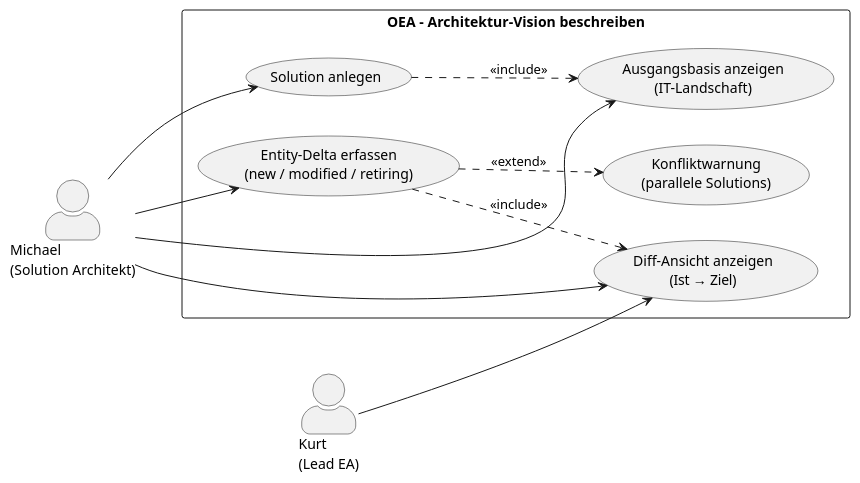
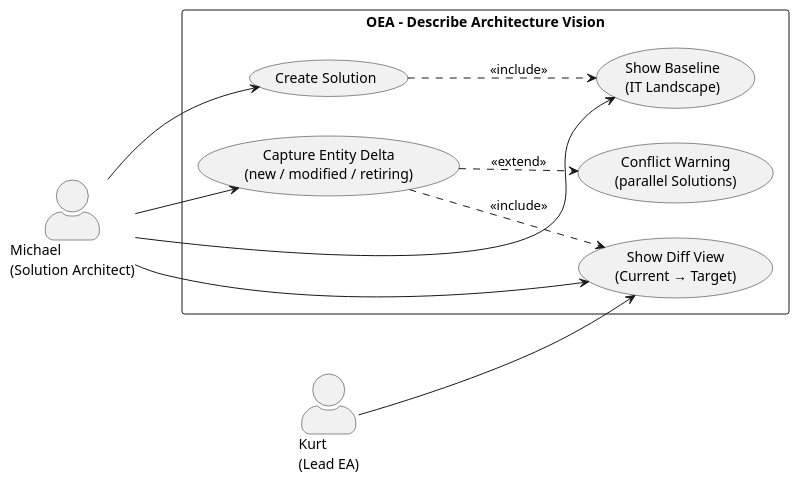
Before and after one commit to open-enterprise-architecture/OEA: the diagram in requirements/use-cases/UC-05-describe-architecture-vision.md, drawn with PlantUML. The commit also changed other lines of this file and 630 other files, not shown here.

````diff
--- a/requirements/use-cases/UC-05-describe-architecture-vision.md
+++ b/requirements/use-cases/UC-05-describe-architecture-vision.md
@@ -34,27 +34,27 @@
 ```plantuml
 @startuml UC-05-Solution
 left to right direction
 skinparam actorStyle awesome
 
-actor "Michael\n(Solution Architekt)" as Michael
+actor "Michael\n(Solution Architect)" as Michael
 actor "Kurt\n(Lead EA)" as Kurt
 
-rectangle "OEA – Architektur-Vision beschreiben" {
-  usecase "Solution anlegen" as UC_Create
-  usecase "Ausgangsbasis anzeigen\n(IT-Landschaft)" as UC_Base
-  usecase "Entity-Delta erfassen\n(new / modified / retiring)" as UC_Delta
-  usecase "Diff-Ansicht anzeigen\n(Ist → Ziel)" as UC_Diff
-  usecase "Konfliktwarnung\n(parallele Solutions)" as UC_Conflict
+rectangle "OEA – Describe Architecture Vision" {
+  usecase "Create Solution" as UC_Create
+  usecase "Show Baseline\n(IT Landscape)" as UC_Base
+  usecase "Capture Entity Delta\n(new / modified / retiring)" as UC_Delta
+  usecase "Show Diff View\n(Current → Target)" as UC_Diff
+  usecase "Conflict Warning\n(parallel Solutions)" as UC_Conflict
 }
 
 Michael --> UC_Create
 Michael --> UC_Base
 Michael --> UC_Delta
 Michael --> UC_Diff
 Kurt --> UC_Diff
 
 UC_Create ..> UC_Base : <<include>>
 UC_Delta ..> UC_Diff : <<include>>
 UC_Delta ..> UC_Conflict : <<extend>>
 @enduml
 ```
````
